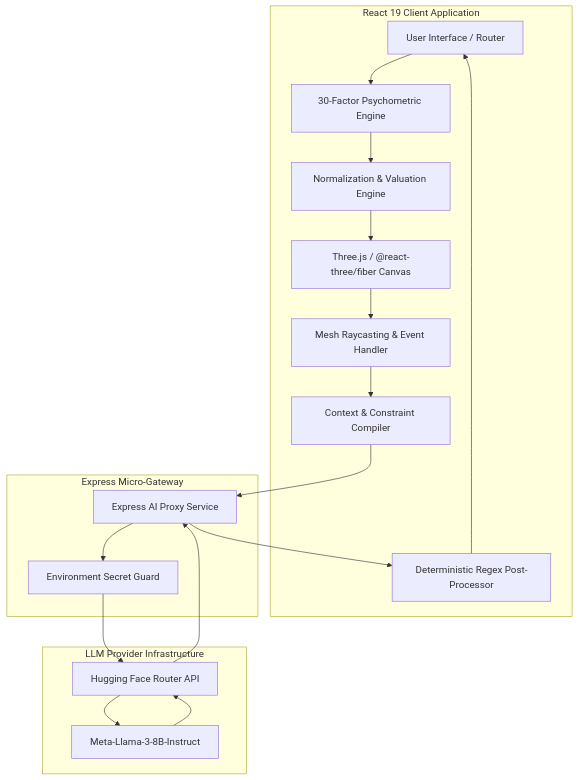
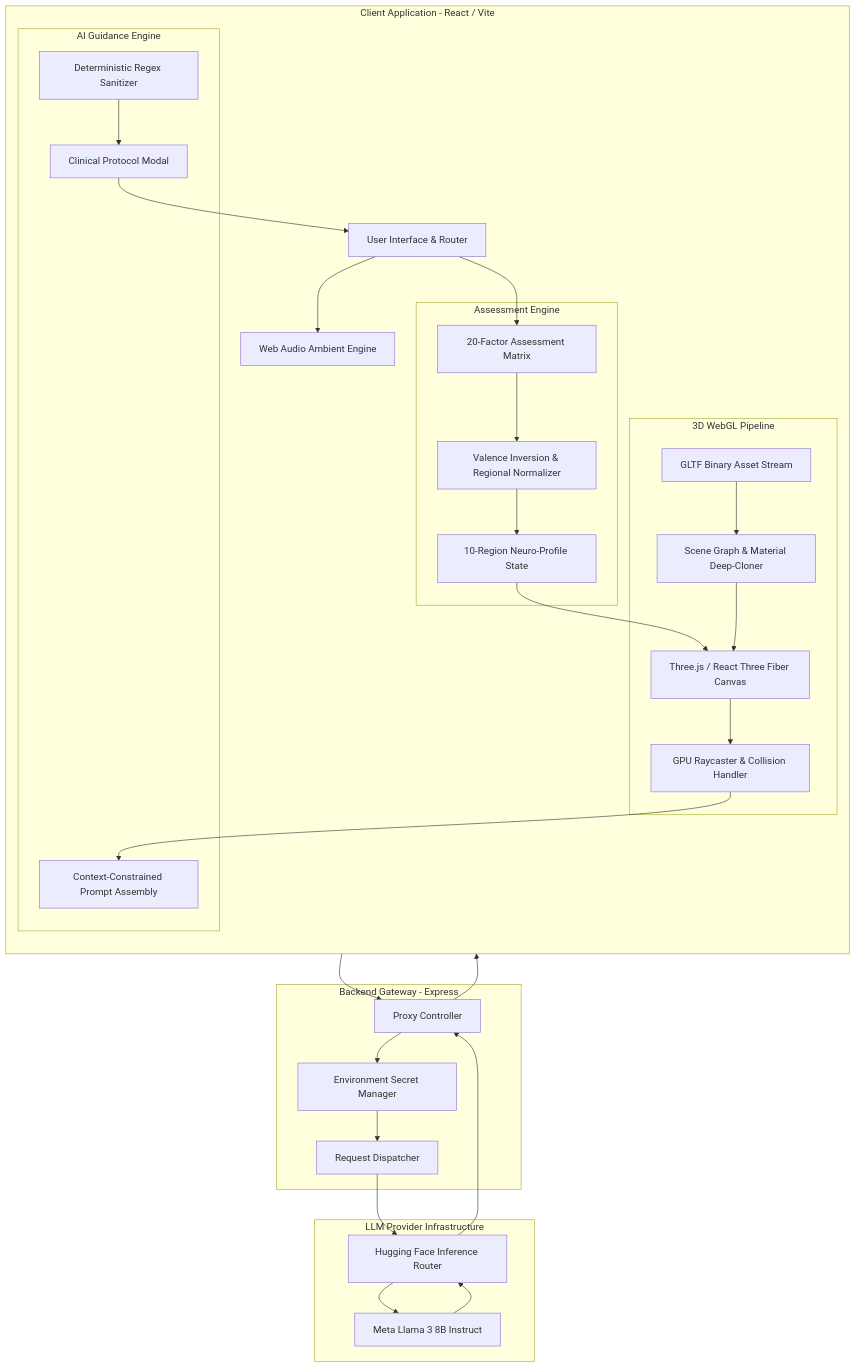
One commit to imMohammedSahil/Brainiac changed the first of 7 diagrams in README.md. Above: the diagram before and after it, drawn with Mermaid. The commit also changed other lines of this file and 39 other files, not shown here.

Commit message:
feat: complete platform overhaul, 3D WebGL neural mapping, audio engine, care report, and technical documentation

````diff
--- a/README.md
+++ b/README.md
@@ -28,36 +31,61 @@
 ```mermaid
-graph TD
-    subgraph Client [React 19 Client Application]
-        UI[User Interface / Router]
-        Survey[30-Factor Psychometric Engine]
-        ScoreEngine[Normalization & Valuation Engine]
-        WebGL[Three.js / @react-three/fiber Canvas]
-        Raycaster[Mesh Raycasting & Event Handler]
-        PromptBuilder[Context & Constraint Compiler]
-        Sanitizer[Deterministic Regex Post-Processor]
+flowchart TB
+    subgraph Client [Client Application - React / Vite]
+        direction TB
+        UI[User Interface & Router]
+        AudioEngine[Web Audio Ambient Engine]
+        
+        subgraph Psychometrics [Assessment Engine]
+            Survey[20-Factor Assessment Matrix]
+            Scoring[Valence Inversion & Regional Normalizer]
+            Profile[10-Region Neuro-Profile State]
+        end
+        
+        subgraph Graphics [3D WebGL Pipeline]
+            Canvas[Three.js / React Three Fiber Canvas]
+            AssetLoader[GLTF Binary Asset Stream]
+            SceneGraph[Scene Graph & Material Deep-Cloner]
+            Raycast[GPU Raycaster & Collision Handler]
+        end
+        
+        subgraph Optimization [AI Guidance Engine]
+            PromptCompiler[Context-Constrained Prompt Assembly]
+            RegexSanitizer[Deterministic Regex Sanitizer]
+            ModalView[Clinical Protocol Modal]
+        end
     end
 
-    subgraph Backend [Express Micro-Gateway]
-        APIProxy[Express AI Proxy Service]
-        TokenManager[Environment Secret Guard]
+    subgraph Gateway [Backend Gateway - Express]
+        APIProxy[Proxy Controller]
+        KeyGuard[Environment Secret Manager]
+        RateLimiter[Request Dispatcher]
     end
 
     subgraph Inference [LLM Provider Infrastructure]
-        HFRouter[Hugging Face Router API]
-        Llama3[Meta-Llama-3-8B-Instruct]
+        HFRouter[Hugging Face Inference Router]
+        LlamaModel[Meta Llama 3 8B Instruct]
     end
 
     UI --> Survey
-    Survey --> ScoreEngine
-    ScoreEngine --> WebGL
-    WebGL --> Raycaster
-    Raycaster --> PromptBuilder
-    PromptBuilder --> APIProxy
-    APIProxy --> TokenManager
-    TokenManager --> HFRouter
-    HFRouter --> Llama3
-    Llama3 --> HFRouter
+    Survey --> Scoring
+    Scoring --> Profile
+    Profile --> Canvas
+    
+    AssetLoader --> SceneGraph
+    SceneGraph --> Canvas
+    Canvas --> Raycast
+    Raycast --> PromptCompiler
+    
+    PromptCompiler --> APIProxy
+    APIProxy --> KeyGuard
+    KeyGuard --> RateLimiter
+    RateLimiter --> HFRouter
+    HFRouter --> LlamaModel
+    LlamaModel --> HFRouter
     HFRouter --> APIProxy
-    APIProxy --> Sanitizer
-    Sanitizer --> UI
+    APIProxy --> RegexSanitizer
+    RegexSanitizer --> ModalView
+    ModalView --> UI
+    
+    UI --> AudioEngine
 ```
````
